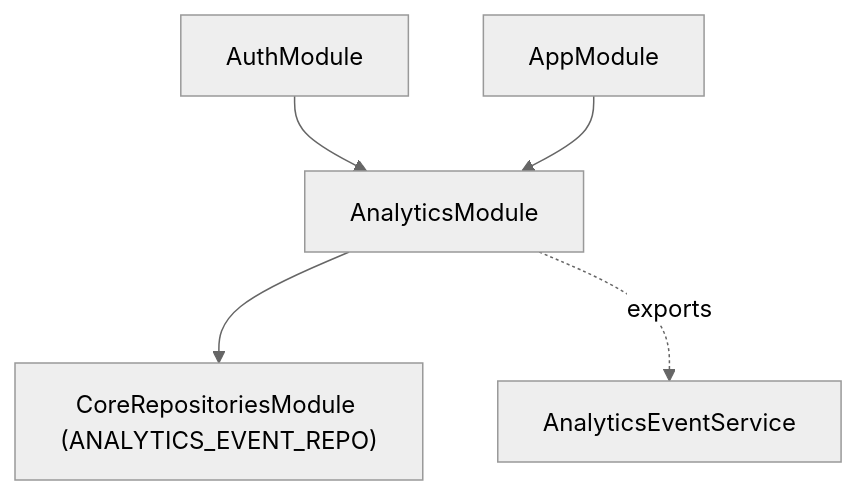
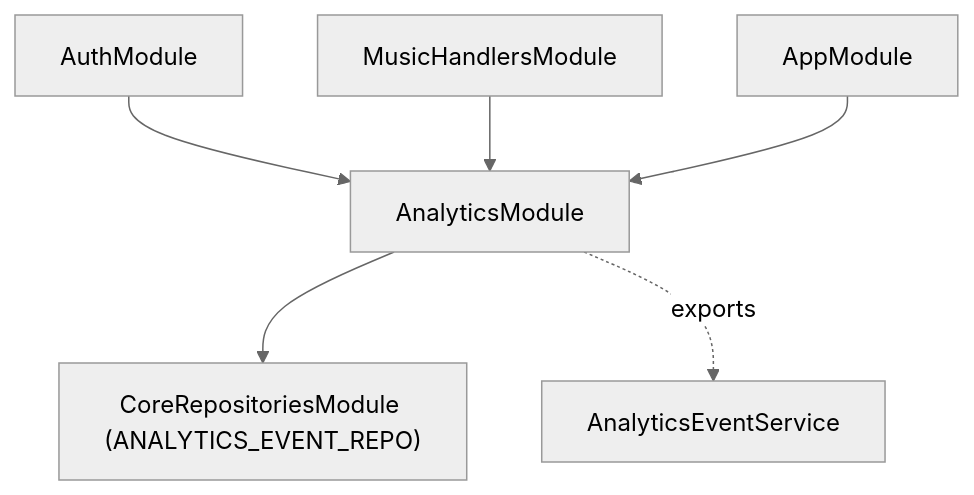
The third of 3 diagrams in apps/backend/documentation/sh3-analytics-events.md (hugoheynard/SH3PERD), drawn with Mermaid (neutral theme) before and after one commit. The commit also changed other lines of this file and 4 other files, not shown here.

First line of the commit message:
docs: update analytics events, quota service, and music feature TODOs

````diff
--- a/apps/backend/documentation/sh3-analytics-events.md
+++ b/apps/backend/documentation/sh3-analytics-events.md
@@ -193,7 +199,8 @@
 ```mermaid
 graph TD
     AuthModule --> AnalyticsModule
+    MusicHandlersModule --> AnalyticsModule
     AnalyticsModule --> CoreRepositoriesModule["CoreRepositoriesModule (ANALYTICS_EVENT_REPO)"]
     AppModule --> AnalyticsModule
     AnalyticsModule -.->|exports| AnalyticsEventService
 ```
````
